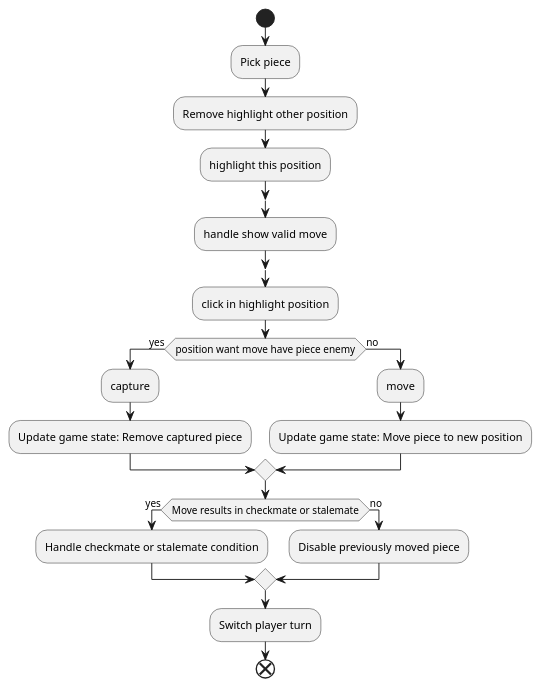
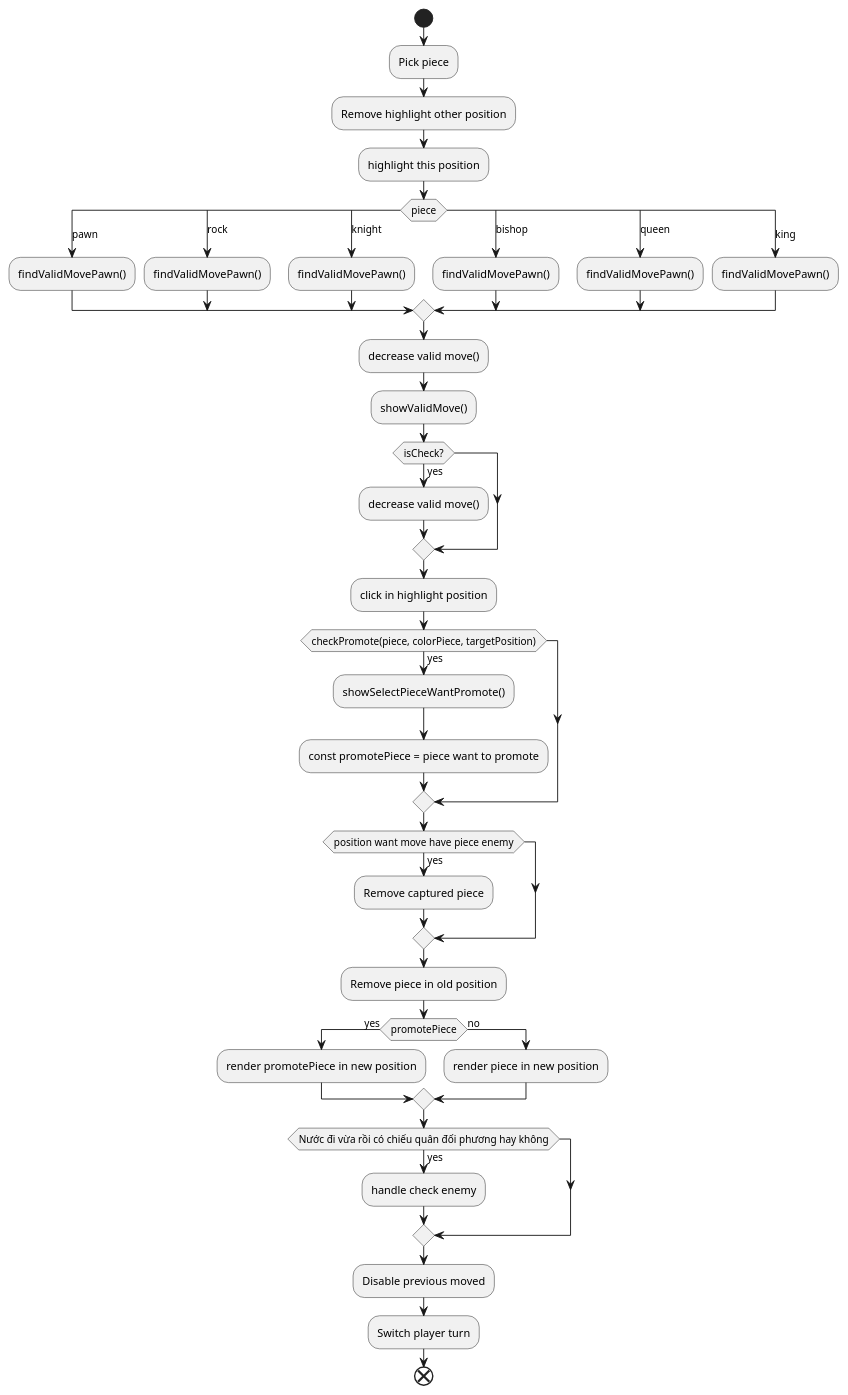
Before and after one commit to kieutridang/set2023: the diagram in chessGame/docs/diagrams/movePiece.wsd, drawn with PlantUML. The commit also changed other lines of this file and 3 other files, not shown here.

Commit message:
Update spell and flowchart movePiece

```diff
--- a/chessGame/docs/diagrams/movePiece.wsd
+++ b/chessGame/docs/diagrams/movePiece.wsd
@@ -20,29 +1,57 @@
 @startuml
 start
 
 :Pick piece;
 :Remove highlight other position;
 :highlight this position;
-split
-    :handle show valid move;
-end split
+
+switch (piece)
+case (pawn)
+:findValidMovePawn();
+case (rock)
+:findValidMovePawn();
+case (knight)
+:findValidMovePawn();
+case (bishop)
+:findValidMovePawn();
+case (queen)
+:findValidMovePawn();
+case (king)
+:findValidMovePawn();
+
+endswitch
+:decrease valid move();
+
+:showValidMove();
+
+
+if(isCheck?) then (yes)
+    :decrease valid move();
+endif
 :click in highlight position;
 
-if (position want move have piece enemy) then (yes)
-    :capture;
-    :Update game state: Remove captured piece;
-else (no)
-    :move;
-    :Update game state: Move piece to new position;
+if (checkPromote(piece, colorPiece, targetPosition)) then (yes)
+    :showSelectPieceWantPromote();
+    :const promotePiece = piece want to promote;
 endif
 
-if (Move results in checkmate or stalemate) then (yes)
-    :Handle checkmate or stalemate condition;
+
+if (position want move have piece enemy) then (yes)
+    :Remove captured piece;
+endif
+:Remove piece in old position;
+
+if(promotePiece) then (yes)
+    :render promotePiece in new position;
 else (no)
-    :Disable previously moved piece;
+    :render piece in new position;
 endif
-    :Switch player turn;
+if (Nước đi vừa rồi có chiếu quân đối phương hay không) then (yes)
+    :handle check enemy;
+endif
+:Disable previous moved;
+:Switch player turn;
 
 
 end
 @enduml
```
